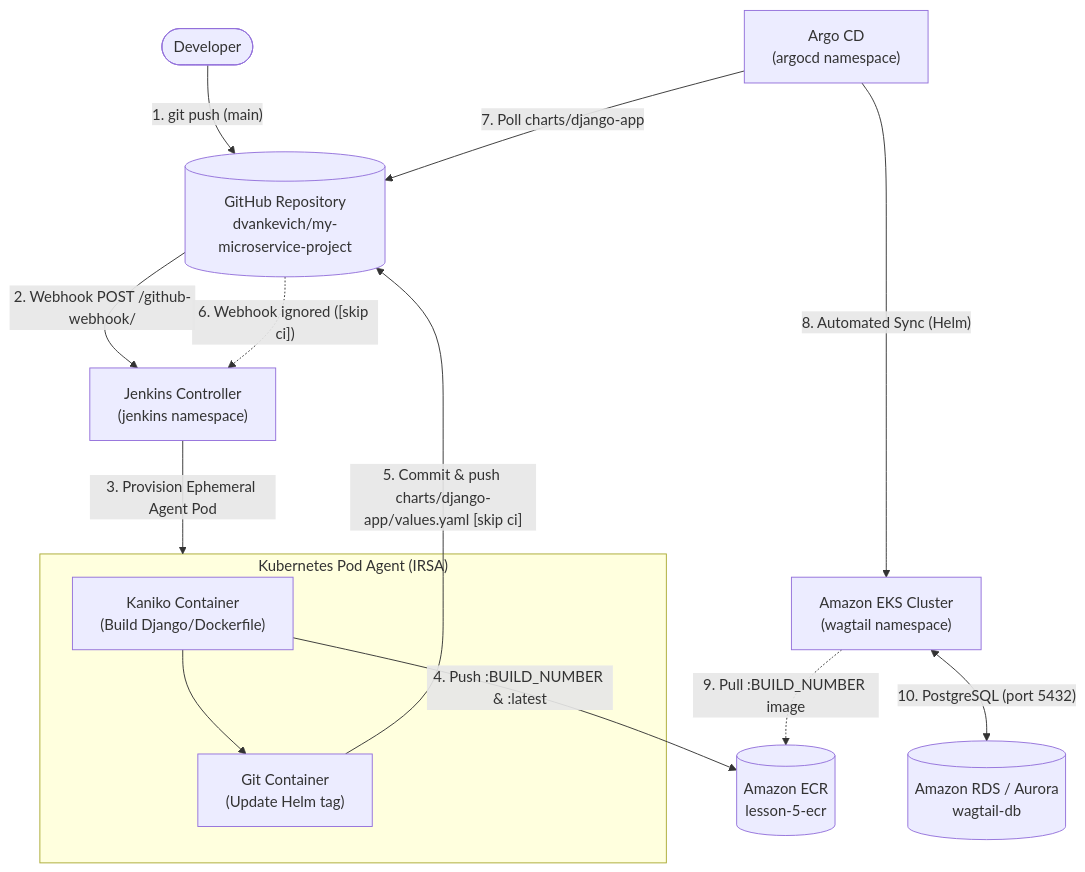
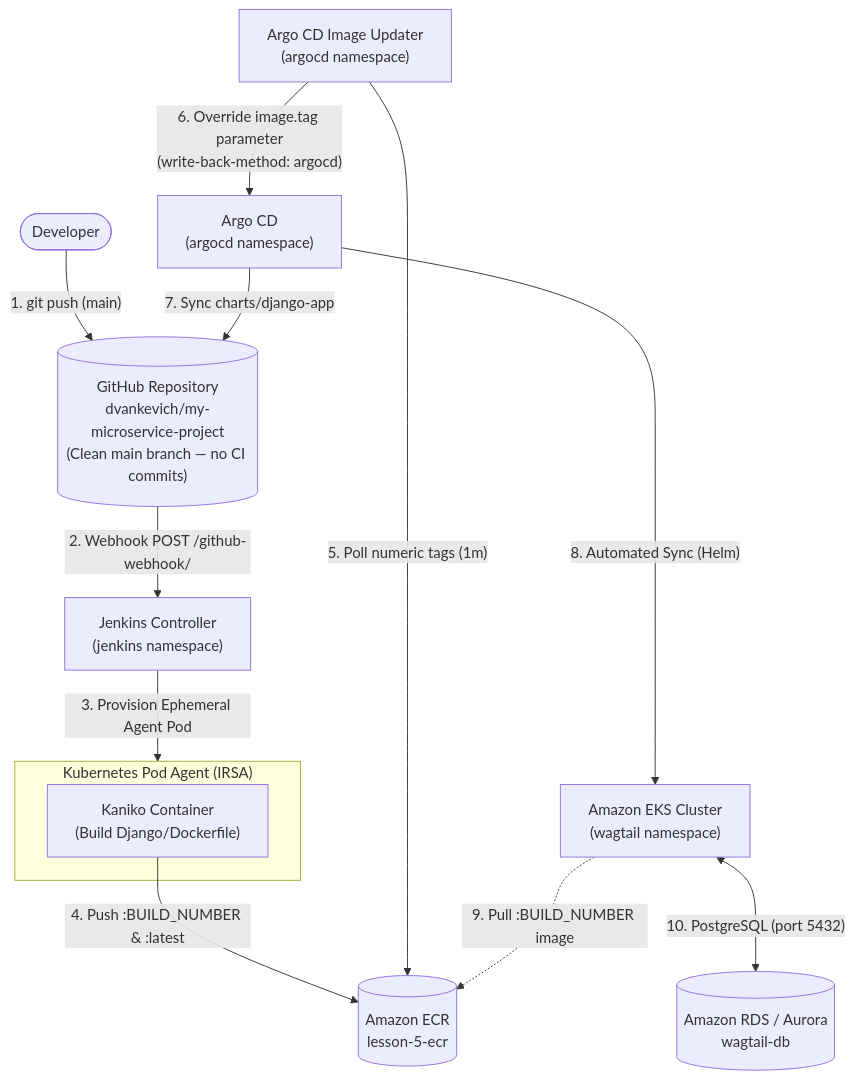
One commit to dvankevich/my-microservice-project changed the diagram in README.md. Above: the diagram before and after it, drawn with Mermaid. The commit also changed other lines of this file and 4 other files, not shown here.

Commit message:
docs: update README and add Argo CD Image Updater guide [skip ci]

````diff
--- a/README.md
+++ b/README.md
@@ -761,21 +770,19 @@
 ```mermaid
 flowchart TD
-    Dev(["Developer"]) -->|"1. git push (main)"| GitHub[("GitHub Repository<br/>dvankevich/my-microservice-project")]
+    Dev(["Developer"]) -->|"1. git push (main)"| GitHub[("GitHub Repository<br/>dvankevich/my-microservice-project<br/>(Clean main branch — no CI commits)")]
     GitHub -->|"2. Webhook POST /github-webhook/"| Jenkins["Jenkins Controller<br/>(jenkins namespace)"]
     Jenkins -->|"3. Provision Ephemeral Agent Pod"| Agent
 
     subgraph Agent ["Kubernetes Pod Agent (IRSA)"]
         Kaniko["Kaniko Container<br/>(Build Django/Dockerfile)"]
-        GitContainer["Git Container<br/>(Update Helm tag)"]
     end
 
     Kaniko -->|"4. Push :BUILD_NUMBER & :latest"| ECR[("Amazon ECR<br/>lesson-5-ecr")]
-    Kaniko --> GitContainer
-    GitContainer -->|"5. Commit & push charts/django-app/values.yaml [skip ci]"| GitHub
-    GitHub -.->|"6. Webhook ignored ([skip ci])"| Jenkins
 
-    ArgoCD["Argo CD<br/>(argocd namespace)"] -->|"7. Poll charts/django-app"| GitHub
+    ImgUpdater["Argo CD Image Updater<br/>(argocd namespace)"] -->|"5. Poll numeric tags (1m)"| ECR
+    ImgUpdater -->|"6. Override image.tag parameter<br/>(write-back-method: argocd)"| ArgoCD["Argo CD<br/>(argocd namespace)"]
+    ArgoCD -->|"7. Sync charts/django-app"| GitHub
     ArgoCD -->|"8. Automated Sync (Helm)"| EKS["Amazon EKS Cluster<br/>(wagtail namespace)"]
     EKS -.->|"9. Pull :BUILD_NUMBER image"| ECR
     EKS <-->|"10. PostgreSQL (port 5432)"| RDS[("Amazon RDS / Aurora<br/>wagtail-db")]
 ```
````
